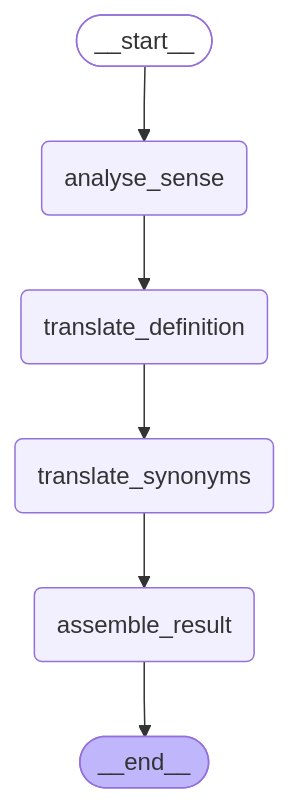
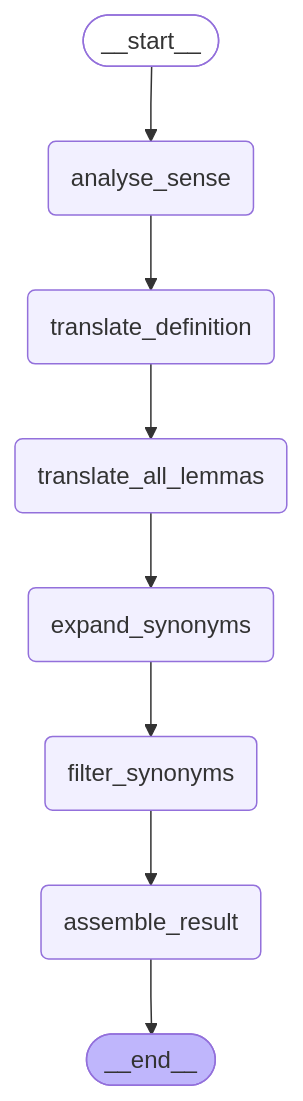
One commit to sasa5linkar/wordnet_autotranslate- changed the diagram in translation_graph_doc.md. Above: the diagram before and after it, drawn with Mermaid. The commit also changed other lines of this file and 9 other files, not shown here.

````diff
--- a/translation_graph_doc.md
+++ b/translation_graph_doc.md
@@ -15,23 +15,27 @@
 ```mermaid
 ---
 config:
   flowchart:
     curve: linear
 ---
 graph TD;
 	__start__([<p>__start__</p>]):::first
 	analyse_sense(analyse_sense)
 	translate_definition(translate_definition)
-	translate_synonyms(translate_synonyms)
+	translate_all_lemmas(translate_all_lemmas)
+	expand_synonyms(expand_synonyms)
+	filter_synonyms(filter_synonyms)
 	assemble_result(assemble_result)
 	__end__([<p>__end__</p>]):::last
 	__start__ --> analyse_sense;
 	analyse_sense --> translate_definition;
-	translate_definition --> translate_synonyms;
-	translate_synonyms --> assemble_result;
+	expand_synonyms --> filter_synonyms;
+	filter_synonyms --> assemble_result;
+	translate_all_lemmas --> expand_synonyms;
+	translate_definition --> translate_all_lemmas;
 	assemble_result --> __end__;
 	classDef default fill:#f2f0ff,line-height:1.2
 	classDef first fill-opacity:0
 	classDef last fill:#bfb6fc
 
 ```
````
